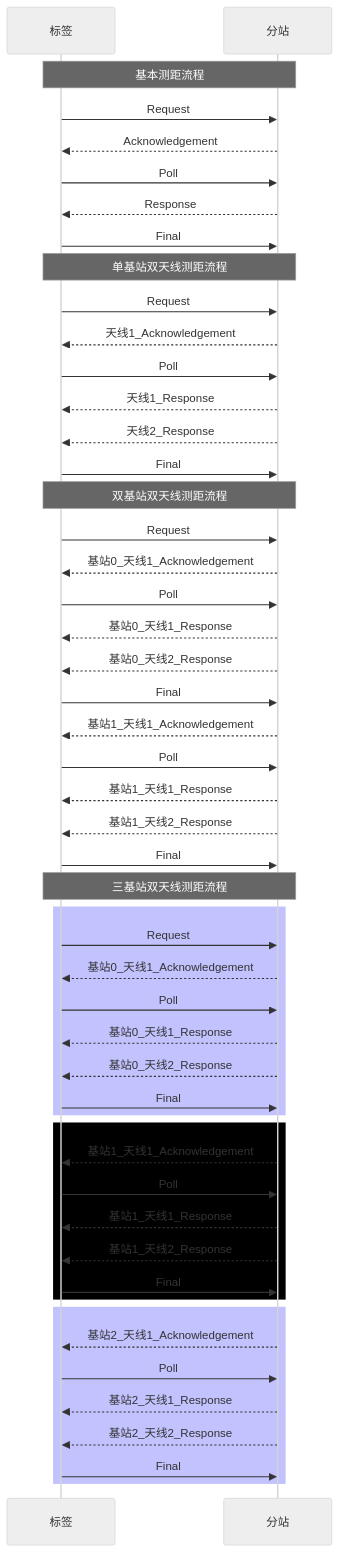
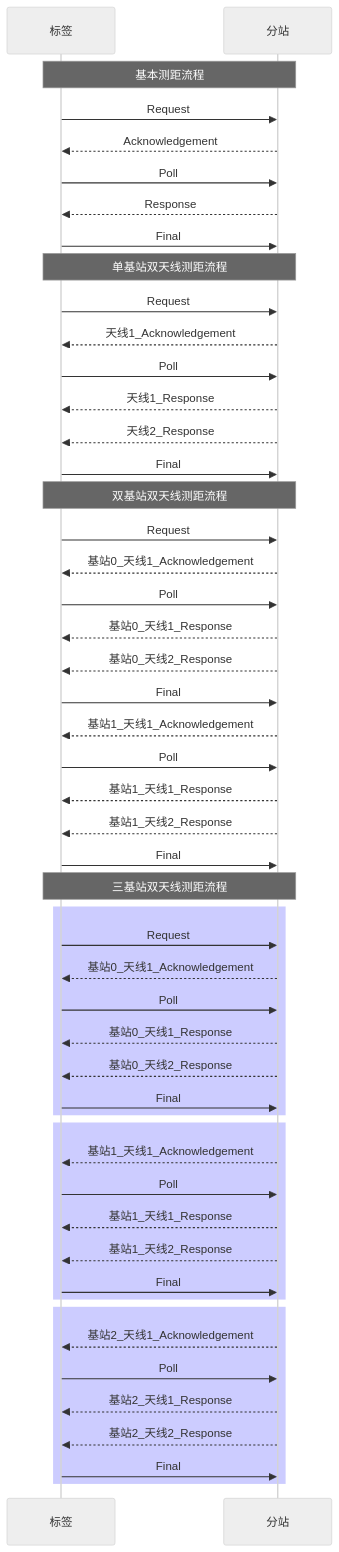
The diagram in all/未命名.md (geek-zhao/iodraw-files), drawn with Mermaid (neutral theme) before and after one commit.

Commit message:
2024-08-17 14:20:15 update

````diff
--- a/all/未命名.md
+++ b/all/未命名.md
@@ -1,57 +1,57 @@
 ```mermaid
 sequenceDiagram
     participant tag as 标签
     participant anchor as 分站
 
     Note over tag,anchor: 基本测距流程
     tag->>anchor: Request
     anchor-->>tag: Acknowledgement
     tag->>anchor: Poll
     anchor-->>tag: Response
     tag->>anchor: Final       
 
     Note over tag,anchor: 单基站双天线测距流程
     tag->>anchor: Request
     anchor-->>tag: 天线1_Acknowledgement
     tag->>anchor: Poll
     anchor-->>tag: 天线1_Response 
     anchor-->>tag: 天线2_Response
     tag->>anchor: Final   
 
     Note over tag,anchor: 双基站双天线测距流程
     tag->>anchor: Request
     anchor-->>tag: 基站0_天线1_Acknowledgement
     tag->>anchor: Poll
     anchor-->>tag: 基站0_天线1_Response 
     anchor-->>tag: 基站0_天线2_Response
     tag->>anchor: Final   
     anchor-->>tag: 基站1_天线1_Acknowledgement
     tag->>anchor: Poll
     anchor-->>tag: 基站1_天线1_Response 
     anchor-->>tag: 基站1_天线2_Response
     tag->>anchor: Final   
 
     Note over tag,anchor: 三基站双天线测距流程
-    rect rgba(0, 0, 255, .24)
+    rect rgba(0, 0, 255, .2)
     tag->>anchor: Request
     anchor-->>tag: 基站0_天线1_Acknowledgement
     tag->>anchor: Poll
     anchor-->>tag: 基站0_天线1_Response 
     anchor-->>tag: 基站0_天线2_Response
     tag->>anchor: Final   
     end
-    rect rgba(0, 0, 255, .)
+    rect rgba(0, 0, 255, .2)
     anchor-->>tag: 基站1_天线1_Acknowledgement
     tag->>anchor: Poll
     anchor-->>tag: 基站1_天线1_Response 
     anchor-->>tag: 基站1_天线2_Response
     tag->>anchor: Final   
     end
-    rect rgba(0, 0, 255, .24)
+    rect rgba(0, 0, 255, .2)
     anchor-->>tag: 基站2_天线1_Acknowledgement
     tag->>anchor: Poll
     anchor-->>tag: 基站2_天线1_Response 
     anchor-->>tag: 基站2_天线2_Response
     tag->>anchor: Final   
     end
 ```
````
